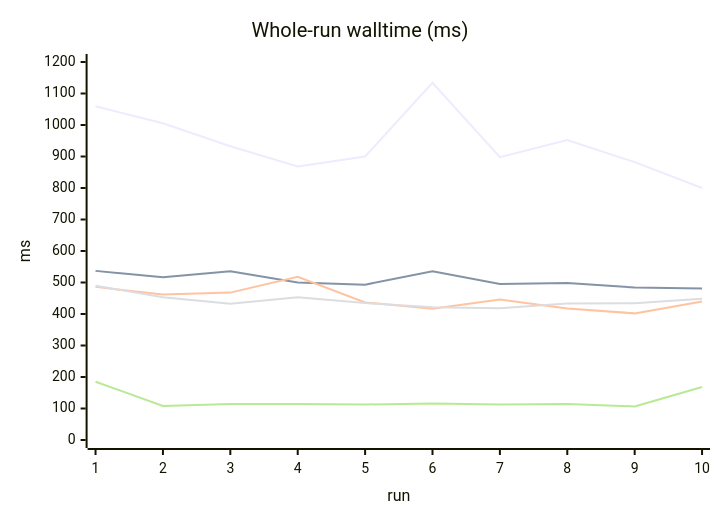
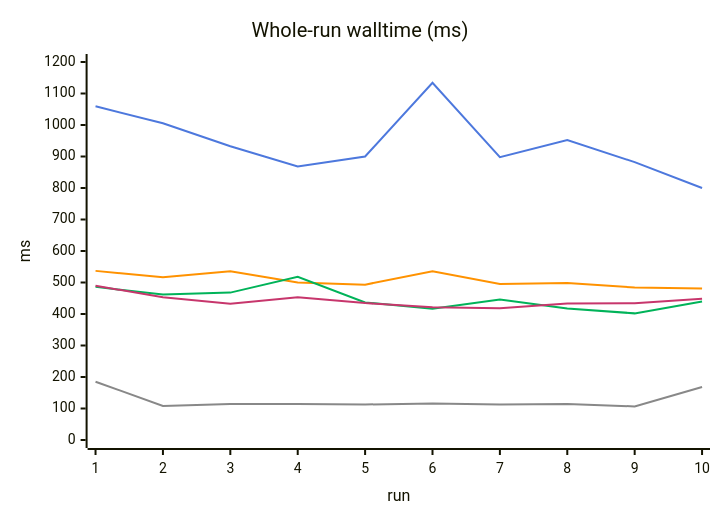
One commit to K4zoku/FF-WebHID changed the third of 6 diagrams in docs/BENCHMARK.md. Above: the diagram before and after it, drawn with Mermaid. The commit also changed other lines of this file, not shown here.

````diff
--- a/docs/BENCHMARK.md
+++ b/docs/BENCHMARK.md
@@ -151,11 +160,17 @@
 ```mermaid
+---
+config:
+  themeVariables:
+    xyChart:
+      plotColorPalette: '#4d78dd, #ff9200, #00b359, #c7366c, #888888'
+---
 xychart
     title "Whole-run walltime (ms)"
     x-axis "run" [1, 2, 3, 4, 5, 6, 7, 8, 9, 10]
     y-axis "ms" 0 --> 1200
     line "nm" [1059.5, 1005.4, 932.5, 868.0, 900.1, 1134.0, 897.9, 951.9, 882.2, 800.0]
     line "ws" [536.9, 516.5, 535.8, 499.8, 493.2, 535.9, 495.3, 498.2, 484.1, 481.1]
     line "wt-inpage" [486.2, 461.8, 467.9, 518.3, 436.6, 416.7, 446.3, 417.8, 402.0, 440.0]
     line "wt" [490.0, 452.9, 432.4, 453.0, 434.7, 421.3, 417.9, 433.3, 434.0, 448.5]
     line "native" [184.9, 108.2, 113.9, 114.1, 112.7, 116.0, 112.5, 114.3, 106.6, 168.0]
 ```
````
